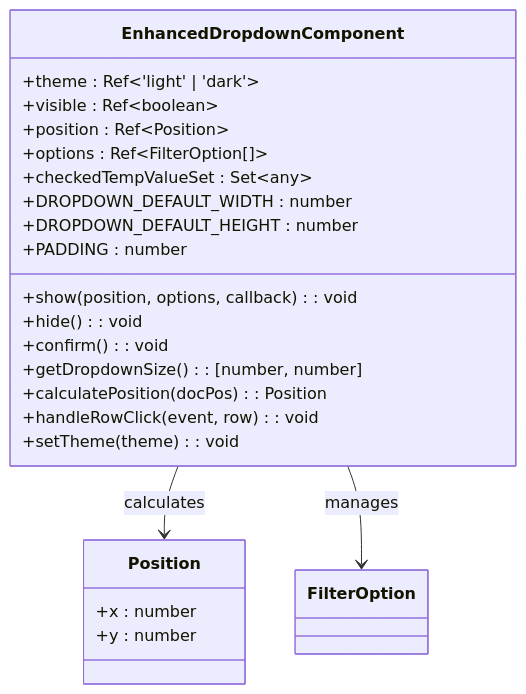
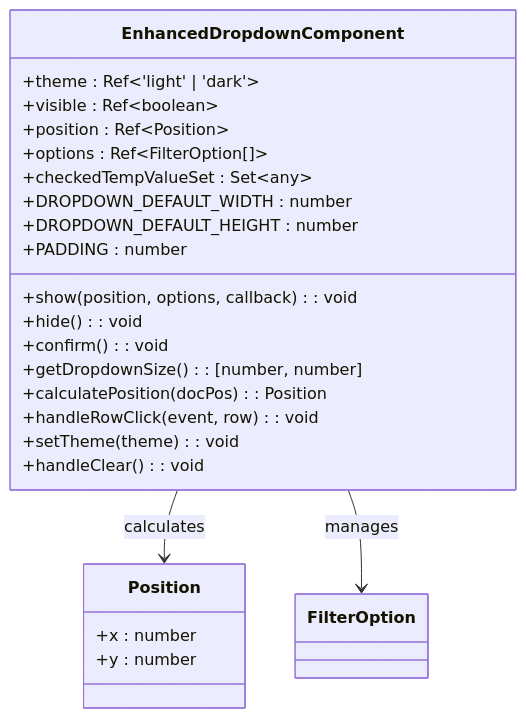
One commit to ja-plus/stk-table-vue changed the fourth of 10 diagrams in .qoder/repowiki/en/content/Basic Features/Filter System.md. Above: the diagram before and after it, drawn with Mermaid. The commit also changed other lines of this file and 2 other files, not shown here.

````diff
--- a/.qoder/repowiki/en/content/Basic Features/Filter System.md
+++ b/.qoder/repowiki/en/content/Basic Features/Filter System.md
@@ -162,26 +161,27 @@
 ```mermaid
 classDiagram
 class EnhancedDropdownComponent {
 +theme : Ref~'light' | 'dark'~
 +visible : Ref~boolean~
 +position : Ref~Position~
 +options : Ref~FilterOption[]~
 +checkedTempValueSet : Set~any~
 +DROPDOWN_DEFAULT_WIDTH : number
 +DROPDOWN_DEFAULT_HEIGHT : number
 +PADDING : number
 +show(position, options, callback) : void
 +hide() : void
 +confirm() : void
 +getDropdownSize() : [number, number]
 +calculatePosition(docPos) : Position
 +handleRowClick(event, row) : void
 +setTheme(theme) : void
++handleClear() : void
 }
 class Position {
 +x : number
 +y : number
 }
 EnhancedDropdownComponent --> Position : calculates
 EnhancedDropdownComponent --> FilterOption : manages
 ```
````
